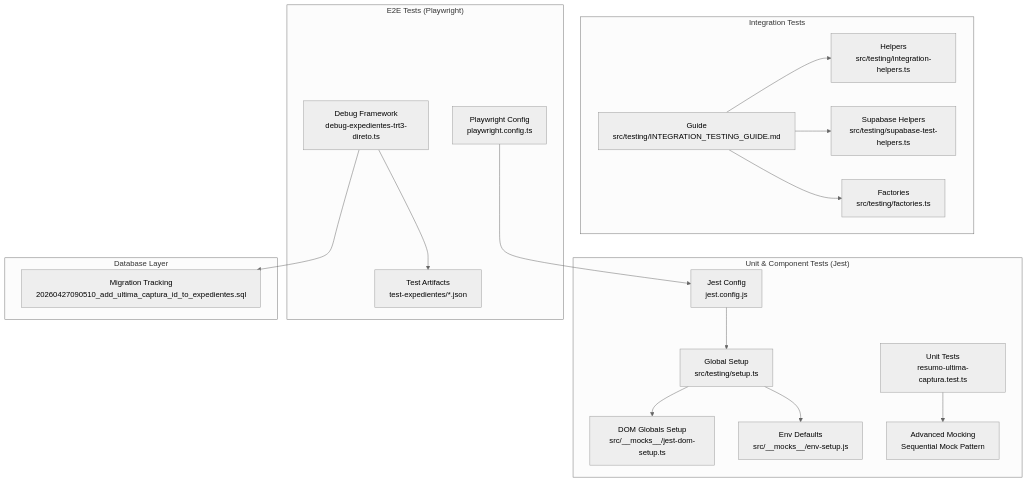
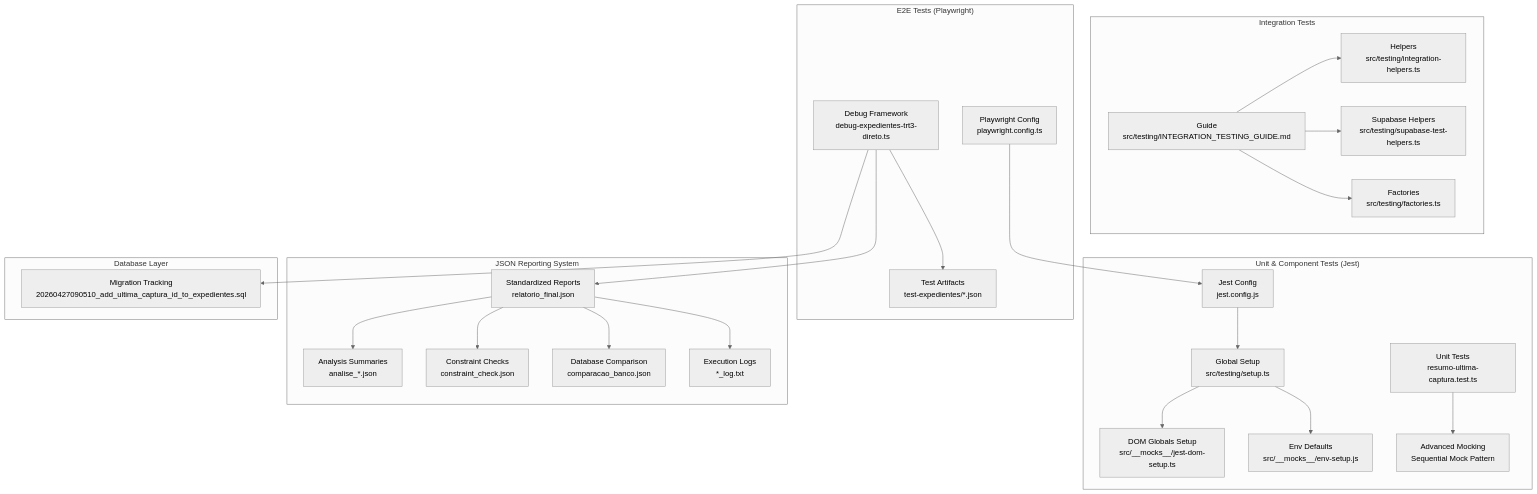
One commit to SinesysTech/zattar-os changed the first of 11 diagrams in .qoder/repowiki/en/content/Development Guide/Testing Strategy and Implementation.md. Above: the diagram before and after it, drawn with Mermaid (neutral theme). The commit also changed other lines of this file and 14 other files, not shown here.

````diff
--- a/.qoder/repowiki/en/content/Development Guide/Testing Strategy and Implementation.md
+++ b/.qoder/repowiki/en/content/Development Guide/Testing Strategy and Implementation.md
@@ -75,35 +92,47 @@
 ```mermaid
 graph TB
 subgraph "Unit & Component Tests (Jest)"
 JCFG["Jest Config<br/>jest.config.js"]
 SETUP["Global Setup<br/>src/testing/setup.ts"]
 JDOM["DOM Globals Setup<br/>src/__mocks__/jest-dom-setup.ts"]
 ENV["Env Defaults<br/>src/__mocks__/env-setup.js"]
 RESUMO["Unit Tests<br/>resumo-ultima-captura.test.ts"]
 ENDTOEND["Advanced Mocking<br/>Sequential Mock Pattern"]
 end
 subgraph "Integration Tests"
 IG["Guide<br/>src/testing/INTEGRATION_TESTING_GUIDE.md"]
 IH["Helpers<br/>src/testing/integration-helpers.ts"]
 SH["Supabase Helpers<br/>src/testing/supabase-test-helpers.ts"]
 FAC["Factories<br/>src/testing/factories.ts"]
 end
 subgraph "E2E Tests (Playwright)"
 PCFG["Playwright Config<br/>playwright.config.ts"]
 DEBUG["Debug Framework<br/>debug-expedientes-trt3-direto.ts"]
 ARTIFACTS["Test Artifacts<br/>test-expedientes/*.json"]
 end
+subgraph "JSON Reporting System"
+REPORTING["Standardized Reports<br/>relatorio_final.json"]
+ANALYSIS["Analysis Summaries<br/>analise_*.json"]
+CONSTRAINT["Constraint Checks<br/>constraint_check.json"]
+COMPARISON["Database Comparison<br/>comparacao_banco.json"]
+LOGS["Execution Logs<br/>*_log.txt"]
+end
 subgraph "Database Layer"
 MIG["Migration Tracking<br/>20260427090510_add_ultima_captura_id_to_expedientes.sql"]
 end
 JCFG --> SETUP
 SETUP --> JDOM
 SETUP --> ENV
 IG --> IH
 IG --> SH
 IG --> FAC
 PCFG --> JCFG
 RESUMO --> ENDTOEND
 DEBUG --> ARTIFACTS
+DEBUG --> REPORTING
+REPORTING --> ANALYSIS
+REPORTING --> CONSTRAINT
+REPORTING --> COMPARISON
+REPORTING --> LOGS
 DEBUG --> MIG
 ```
````
